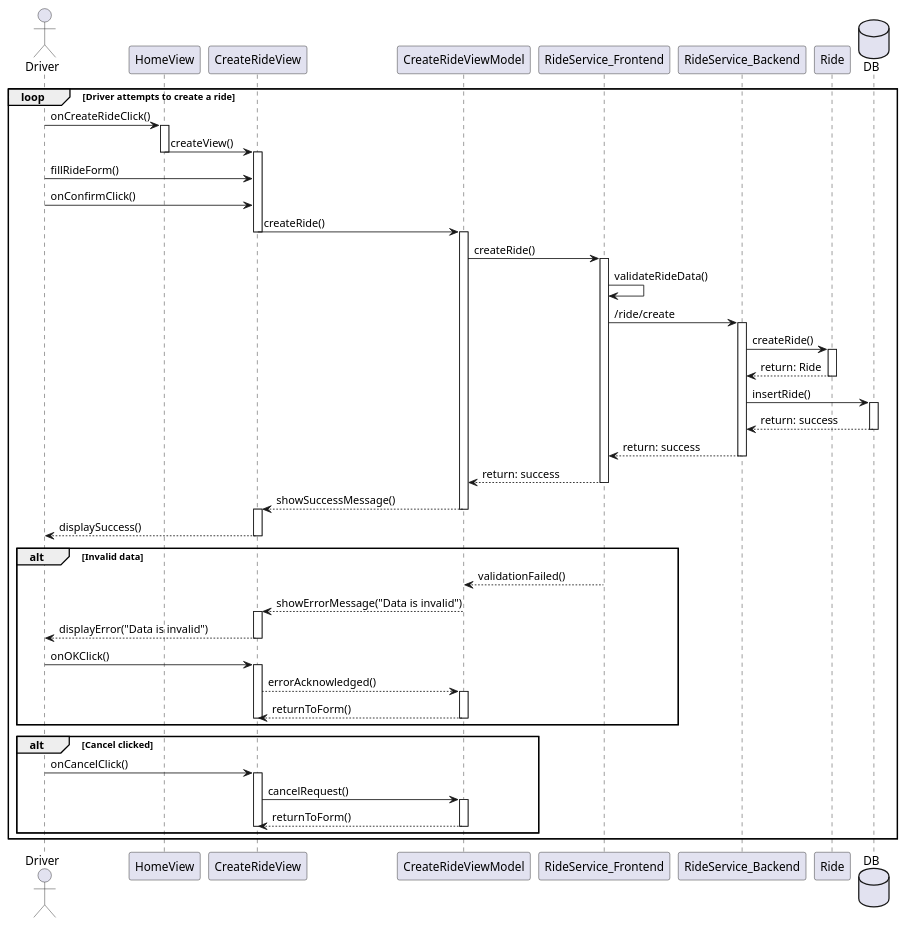
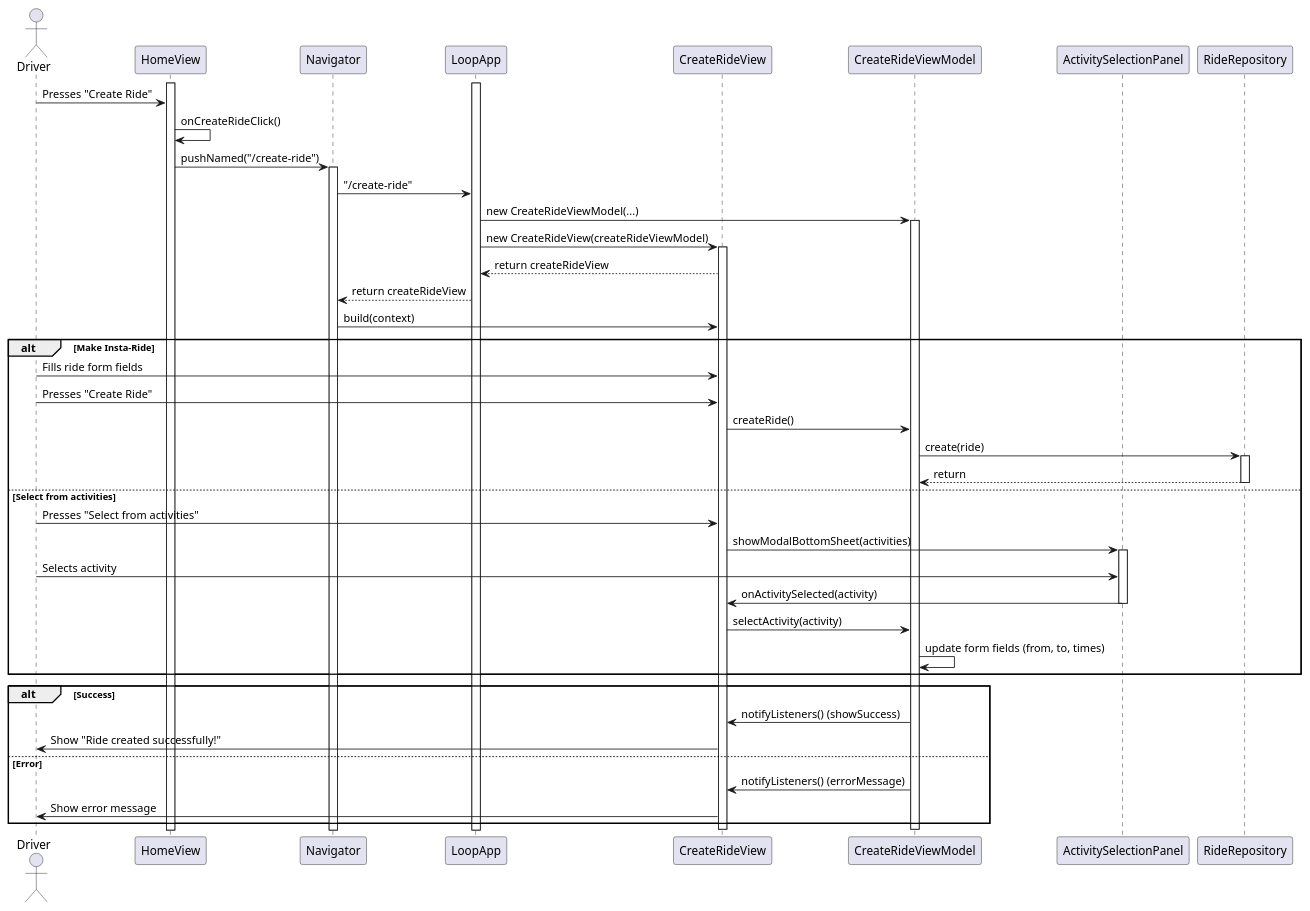
The diagram in reports/sequence/create-ride.plantuml (YannisRavasopoulos/ProjectSD_S6), drawn with PlantUML before and after one commit.

Commit message:
Refactor create-ride sequence diagram to streamline flow and remove unused components

```diff
--- a/reports/sequence/create-ride.plantuml
+++ b/reports/sequence/create-ride.plantuml
@@ -1,89 +1,69 @@
 @startuml
+
 actor Driver
+
 participant HomeView
+participant Navigator
+participant LoopApp
 participant CreateRideView
 participant CreateRideViewModel
-participant RideService_Frontend as RideService_FE
-participant RideService_Backend as RideService_BE
-participant Ride
-database DB
-
-loop Driver attempts to create a ride
-
-    Driver -> HomeView: onCreateRideClick()
-    activate HomeView
-
-    HomeView -> CreateRideView: createView()
-    deactivate HomeView
-    activate CreateRideView
-
-    Driver -> CreateRideView: fillRideForm()
-    Driver -> CreateRideView: onConfirmClick()
-
-    CreateRideView -> CreateRideViewModel: createRide()
-    deactivate CreateRideView
-    activate CreateRideViewModel
-
-    CreateRideViewModel -> RideService_FE: createRide()
-    activate RideService_FE
-
-    RideService_FE -> RideService_FE: validateRideData()
-
-    RideService_FE -> RideService_BE: /ride/create
-    activate RideService_BE
-
-    RideService_BE -> Ride: createRide()
-    activate Ride
-
-    Ride --> RideService_BE: return: Ride
-    deactivate Ride
-
-    RideService_BE -> DB: insertRide()
-    activate DB
-    DB --> RideService_BE: return: success
-    deactivate DB
-
-    RideService_BE --> RideService_FE: return: success
-    deactivate RideService_BE
-
-    RideService_FE --> CreateRideViewModel: return: success
-    deactivate RideService_FE
-
-    CreateRideViewModel --> CreateRideView: showSuccessMessage()
-    deactivate CreateRideViewModel
-    activate CreateRideView
-
-    CreateRideView --> Driver: displaySuccess()
-    deactivate CreateRideView
+participant ActivitySelectionPanel
+participant RideRepository
 
 
-    alt Invalid data
-        RideService_FE --> CreateRideViewModel: validationFailed()
-        deactivate RideService_FE
 
-        CreateRideViewModel --> CreateRideView: showErrorMessage("Data is invalid")
-        deactivate CreateRideViewModel
-        activate CreateRideView
+' Main flow: Driver starts creating a ride
+activate LoopApp
+activate HomeView
+Driver -> HomeView: Presses "Create Ride"
+HomeView -> HomeView: onCreateRideClick()
+HomeView -> Navigator: pushNamed("/create-ride")
+activate Navigator
+Navigator -> LoopApp: "/create-ride"
+LoopApp -> CreateRideViewModel: new CreateRideViewModel(...)
+activate CreateRideViewModel
+LoopApp -> CreateRideView: new CreateRideView(createRideViewModel)
+activate CreateRideView
+CreateRideView --> LoopApp: return createRideView
+LoopApp --> Navigator: return createRideView
+Navigator -> CreateRideView: build(context)
 
-        CreateRideView --> Driver: displayError("Data is invalid")
-        deactivate CreateRideView
-        Driver -> CreateRideView: onOKClick()
-        activate CreateRideView
-        CreateRideView --> CreateRideViewModel: errorAcknowledged()
-        activate CreateRideViewModel
-        CreateRideViewModel --> CreateRideView: returnToForm()
-        deactivate CreateRideViewModel
-        deactivate CreateRideView
-    end alt
-    alt Cancel clicked
-        Driver -> CreateRideView: onCancelClick()
-        activate CreateRideView
-        CreateRideView -> CreateRideViewModel: cancelRequest()
-        activate CreateRideViewModel
-        CreateRideViewModel --> CreateRideView: returnToForm()
-        deactivate CreateRideViewModel
-        deactivate CreateRideView
-    end alt
 
-end loop
+alt Make Insta-Ride
+    Driver -> CreateRideView: Fills ride form fields
+
+    ' Driver confirms creation
+    Driver -> CreateRideView: Presses "Create Ride"
+    CreateRideView -> CreateRideViewModel: createRide()
+    CreateRideViewModel -> RideRepository: create(ride)
+    activate RideRepository
+    RideRepository --> CreateRideViewModel: return
+    deactivate RideRepository
+' Activity selection (alternative flow)
+else Select from activities
+    Driver -> CreateRideView: Presses "Select from activities"
+    CreateRideView -> ActivitySelectionPanel: showModalBottomSheet(activities)
+    activate ActivitySelectionPanel
+    Driver -> ActivitySelectionPanel: Selects activity
+    ActivitySelectionPanel -> CreateRideView: onActivitySelected(activity)
+      deactivate ActivitySelectionPanel
+    CreateRideView -> CreateRideViewModel: selectActivity(activity)
+    CreateRideViewModel -> CreateRideViewModel: update form fields (from, to, times)
+  
+end
+
+' Driver fills in the form (from, to, times)
+
+
+alt Success
+    CreateRideViewModel -> CreateRideView: notifyListeners() (showSuccess)
+    CreateRideView -> Driver: Show "Ride created successfully!"
+else Error
+    CreateRideViewModel -> CreateRideView: notifyListeners() (errorMessage)
+    CreateRideView -> Driver: Show error message
+end
+
+deactivate CreateRideViewModel
+deactivate CreateRideView
+
 @enduml
```
